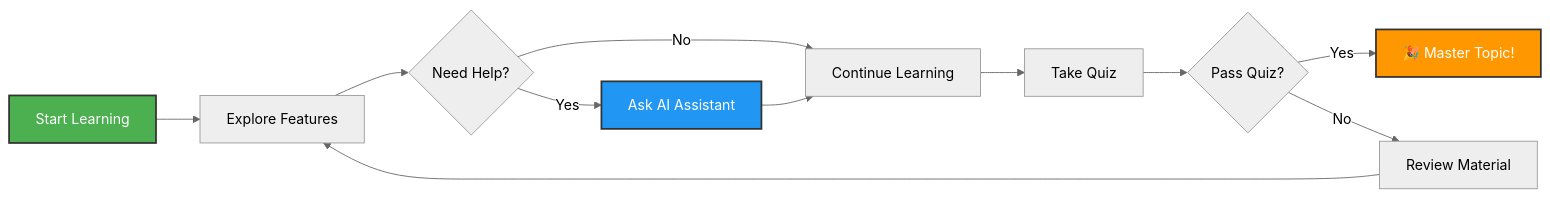
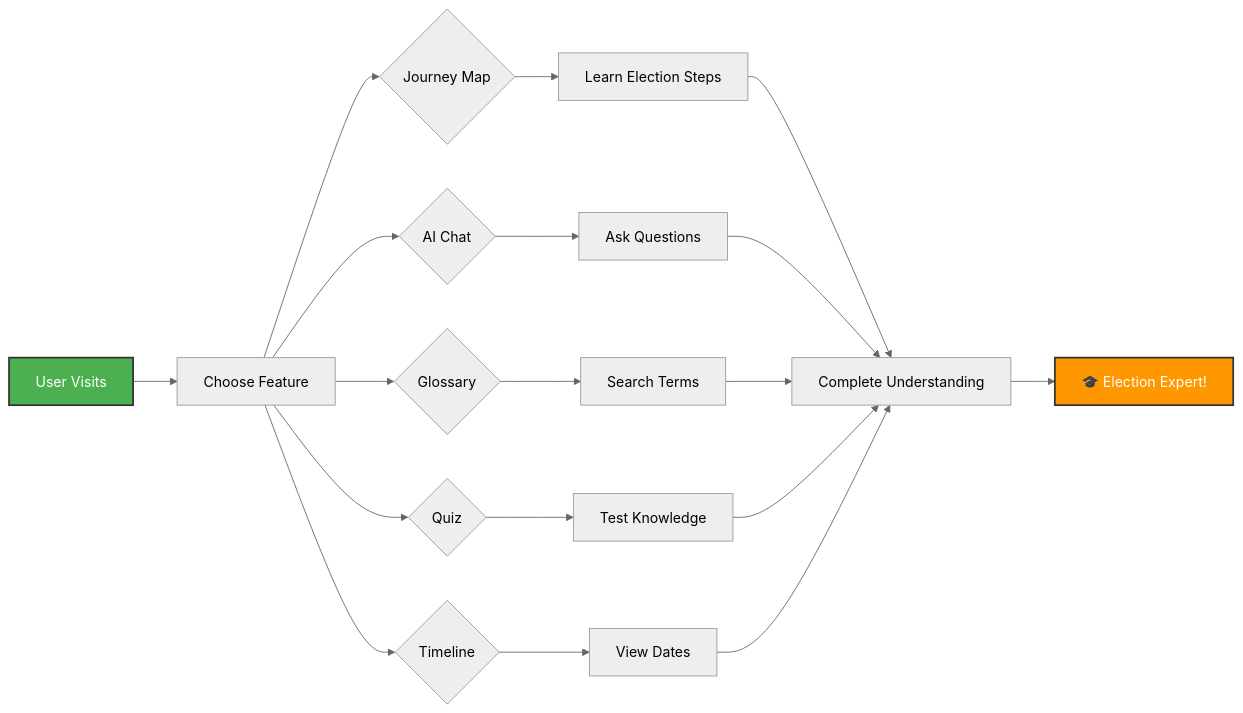
The second of 3 diagrams in README.md (sarang-sketch/Electionedu), drawn with Mermaid (neutral theme) before and after one commit. The commit also changed other lines of this file, not shown here.

Commit message:
docs: condense README - keep all hackathon requirements with improved readability and diagrams

````diff
--- a/README.md
+++ b/README.md
@@ -521,17 +98,21 @@
 ```mermaid
 flowchart LR
-    A[Start Learning] --> B[Explore Features]
-    B --> C{Need Help?}
-    C -->|Yes| D[Ask AI Assistant]
-    C -->|No| E[Continue Learning]
-    D --> E
-    E --> F[Take Quiz]
-    F --> G{Pass Quiz?}
-    G -->|Yes| H[🎉 Master Topic!]
-    G -->|No| I[Review Material]
-    I --> B
+    A[User Visits] --> B[Choose Feature]
+    B --> C{Journey Map}
+    B --> D{AI Chat}
+    B --> E{Glossary}
+    B --> F{Quiz}
+    B --> G{Timeline}
+    
+    C --> H[Learn Election Steps]
+    D --> I[Ask Questions]
+    E --> J[Search Terms]
+    F --> K[Test Knowledge]
+    G --> L[View Dates]
+    
+    H & I & J & K & L --> M[Complete Understanding]
+    M --> N[🎓 Election Expert!]
     
     style A fill:#4CAF50,stroke:#333,stroke-width:2px,color:#fff
-    style H fill:#FF9800,stroke:#333,stroke-width:2px,color:#fff
-    style D fill:#2196F3,stroke:#333,stroke-width:2px,color:#fff
+    style N fill:#FF9800,stroke:#333,stroke-width:2px,color:#fff
 ```
````
